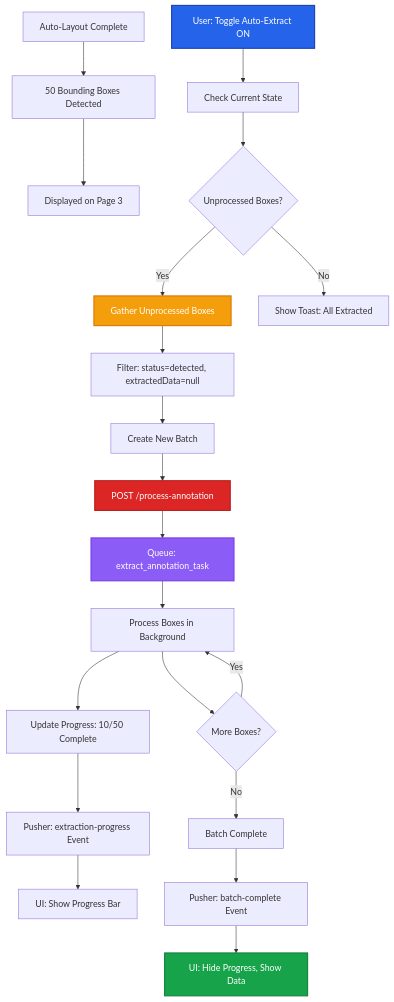
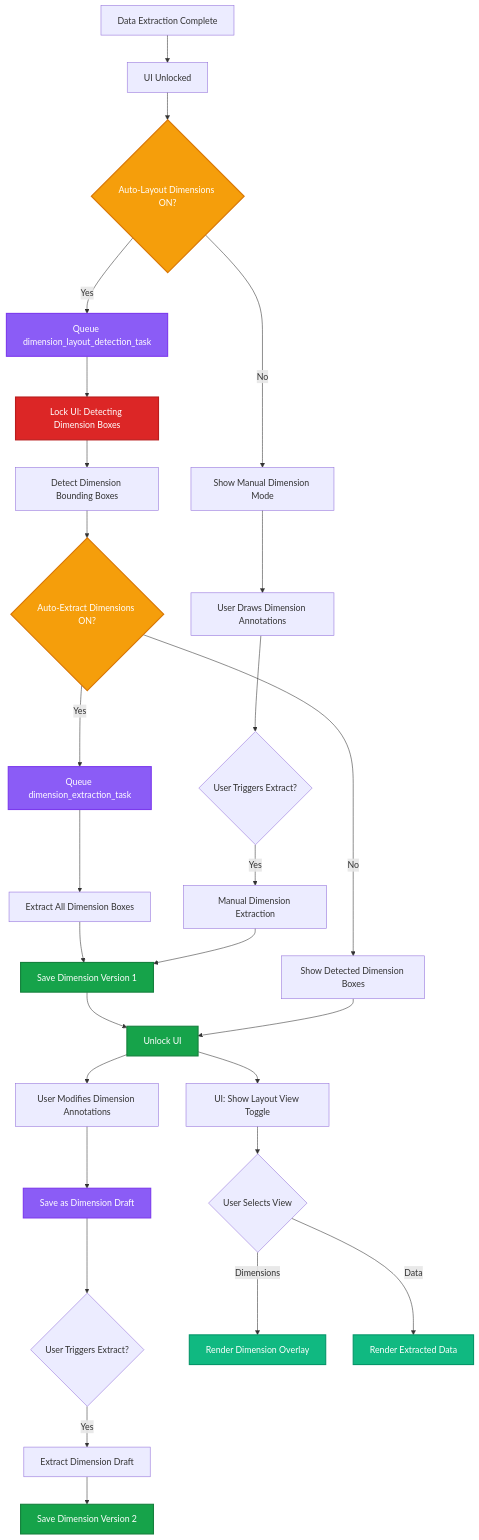
The fourth of 5 diagrams in content/v3-iteration/user-control-flow.mdx (coffeeinc-in/adeos-fe-docs), drawn with Mermaid before and after one commit. The commit also changed other lines of this file, not shown here.

Commit message:
Implement feature X to enhance user experience and fix bug Y in module Z

````diff
--- a/content/v3-iteration/user-control-flow.mdx
+++ b/content/v3-iteration/user-control-flow.mdx
@@ -362,35 +512,49 @@
 ```mermaid
 graph TD
-    A[Auto-Layout Complete] --> B[50 Bounding Boxes Detected]
-    B --> C[Displayed on Page 3]
+    A[Data Extraction Complete] --> B[UI Unlocked]
+    B --> C{Auto-Layout Dimensions ON?}
 
-    D[User: Toggle Auto-Extract ON] --> E[Check Current State]
-    E --> F{Unprocessed Boxes?}
+    C -->|Yes| D[Queue dimension_layout_detection_task]
+    C -->|No| E[Show Manual Dimension Mode]
 
-    F -->|Yes| G[Gather Unprocessed Boxes]
-    F -->|No| H[Show Toast: All Extracted]
+    D --> F[Lock UI: Detecting Dimension Boxes]
+    F --> G[Detect Dimension Bounding Boxes]
+    G --> H{Auto-Extract Dimensions ON?}
 
-    G --> I[Filter: status=detected, extractedData=null]
-    I --> J[Create New Batch]
-    J --> K[POST /process-annotation]
+    H -->|Yes| I[Queue dimension_extraction_task]
+    H -->|No| J[Show Detected Dimension Boxes]
 
-    K --> L[Queue: extract_annotation_task]
-    L --> M[Process Boxes in Background]
+    I --> K[Extract All Dimension Boxes]
+    K --> L[Save Dimension Version 1]
+    L --> M[Unlock UI]
 
-    M --> N[Update Progress: 10/50 Complete]
-    N --> O[Pusher: extraction-progress Event]
-    O --> P[UI: Show Progress Bar]
+    J --> M
 
-    M --> Q{More Boxes?}
-    Q -->|Yes| M
-    Q -->|No| R[Batch Complete]
+    E --> N[User Draws Dimension Annotations]
+    N --> O{User Triggers Extract?}
+    O -->|Yes| P[Manual Dimension Extraction]
+    P --> L
 
-    R --> S[Pusher: batch-complete Event]
-    S --> T[UI: Hide Progress, Show Data]
+    M --> Q[User Modifies Dimension Annotations]
+    Q --> R[Save as Dimension Draft]
+    R --> S{User Triggers Extract?}
+    S -->|Yes| T[Extract Dimension Draft]
+    T --> U[Save Dimension Version 2]
 
-    style D fill:#2563eb,stroke:#1e40af,stroke-width:2px,color:#fff
-    style G fill:#f59e0b,stroke:#d97706,stroke-width:2px,color:#fff
-    style K fill:#dc2626,stroke:#b91c1c,stroke-width:2px,color:#fff
-    style L fill:#8b5cf6,stroke:#7c3aed,stroke-width:2px,color:#fff
-    style T fill:#16a34a,stroke:#15803d,stroke-width:2px,color:#fff
+    M --> V[UI: Show Layout View Toggle]
+    V --> W{User Selects View}
+    W -->|Dimensions| X[Render Dimension Overlay]
+    W -->|Data| Y[Render Extracted Data]
+
+    style C fill:#f59e0b,stroke:#d97706,stroke-width:2px,color:#fff
+    style D fill:#8b5cf6,stroke:#7c3aed,stroke-width:2px,color:#fff
+    style F fill:#dc2626,stroke:#b91c1c,stroke-width:2px,color:#fff
+    style H fill:#f59e0b,stroke:#d97706,stroke-width:2px,color:#fff
+    style I fill:#8b5cf6,stroke:#7c3aed,stroke-width:2px,color:#fff
+    style L fill:#16a34a,stroke:#15803d,stroke-width:2px,color:#fff
+    style M fill:#16a34a,stroke:#15803d,stroke-width:2px,color:#fff
+    style R fill:#8b5cf6,stroke:#7c3aed,stroke-width:2px,color:#fff
+    style U fill:#16a34a,stroke:#15803d,stroke-width:2px,color:#fff
+    style X fill:#10b981,stroke:#059669,stroke-width:2px,color:#fff
+    style Y fill:#10b981,stroke:#059669,stroke-width:2px,color:#fff
 ```
````
